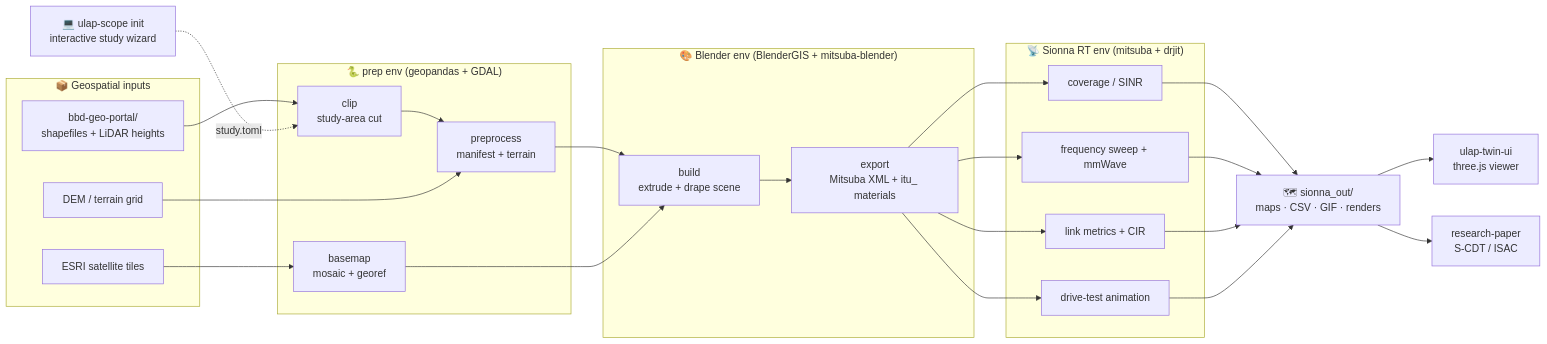
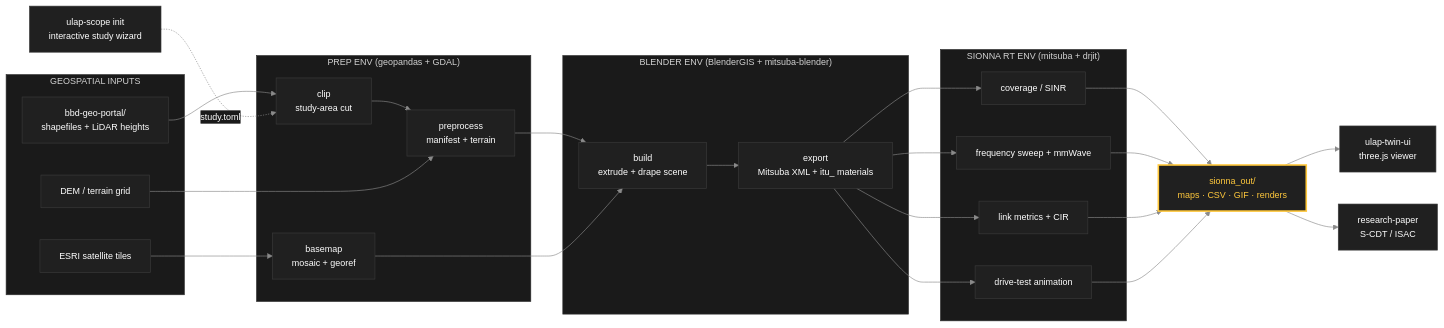
Before and after one commit to aminitech/aminiulap-digital-twin: the diagram in README.md, drawn with Mermaid. The commit also changed other lines of this file and 52 other files, not shown here.

````diff
--- a/README.md
+++ b/README.md
@@ -132,39 +141,43 @@
 ```mermaid
+%%{init: {'theme':'base','themeVariables':{'darkMode':true,'background':'#121212','primaryColor':'#202020','primaryTextColor':'#FFFFFF','primaryBorderColor':'#3A3A3A','lineColor':'#8A8A8A','textColor':'#FFFFFF','mainBkg':'#202020','nodeBorder':'#3A3A3A','clusterBkg':'#1A1A1A','clusterBorder':'#2E2E2E','edgeLabelBackground':'#1A1A1A','fontSize':'14px'}}}%%
 flowchart LR
-  subgraph DATA["📦 Geospatial inputs"]
+  subgraph DATA["GEOSPATIAL INPUTS"]
     SHP["bbd-geo-portal/<br/>shapefiles + LiDAR heights"]
     SAT["ESRI satellite tiles"]
     DEM["DEM / terrain grid"]
   end
 
-  subgraph PREP["🐍 prep env (geopandas + GDAL)"]
+  subgraph PREP["PREP ENV (geopandas + GDAL)"]
     CLIP["clip<br/>study-area cut"]
     PRE["preprocess<br/>manifest + terrain"]
     BASE["basemap<br/>mosaic + georef"]
   end
 
-  subgraph BLD["🎨 Blender env (BlenderGIS + mitsuba-blender)"]
+  subgraph BLD["BLENDER ENV (BlenderGIS + mitsuba-blender)"]
     BUILD["build<br/>extrude + drape scene"]
     EXP["export<br/>Mitsuba XML + itu_ materials"]
   end
 
-  subgraph RT["📡 Sionna RT env (mitsuba + drjit)"]
+  subgraph RT["SIONNA RT ENV (mitsuba + drjit)"]
     COV["coverage / SINR"]
     SWEEP["frequency sweep + mmWave"]
     LINK["link metrics + CIR"]
     ANIM["drive-test animation"]
   end
 
-  OUT["🗺 sionna_out/<br/>maps · CSV · GIF · renders"]
+  OUT["sionna_out/<br/>maps · CSV · GIF · renders"]
   UI["ulap-twin-ui<br/>three.js viewer"]
   PAPER["research-paper<br/>S-CDT / ISAC"]
 
   SHP --> CLIP --> PRE --> BUILD
   SAT --> BASE --> BUILD
   DEM --> PRE
   BUILD --> EXP --> COV & SWEEP & LINK & ANIM --> OUT
   OUT --> UI
   OUT --> PAPER
 
-  WIZ["💻 ulap-scope init<br/>interactive study wizard"] -.->|study.toml| CLIP
+  WIZ["ulap-scope init<br/>interactive study wizard"] -.->|study.toml| CLIP
+
+  classDef hero fill:#202020,stroke:#FFC83C,stroke-width:2.5px,color:#FFC83C
+  class OUT hero
 ```
````
